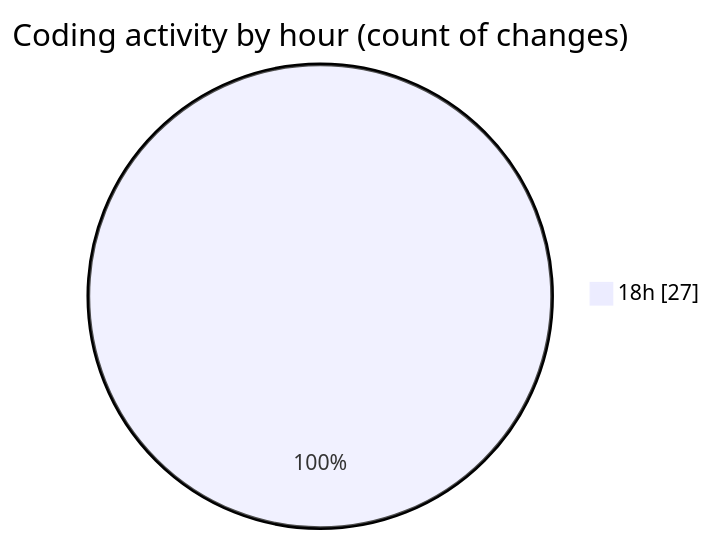
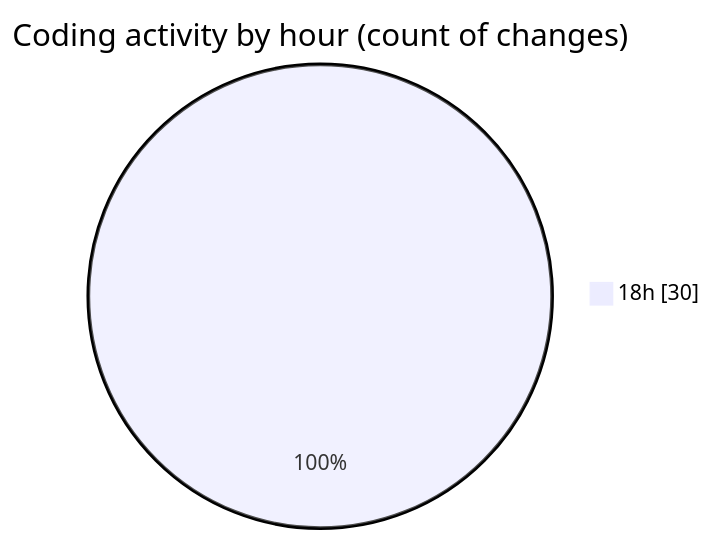
One commit to Netris89/code-tracking changed the second of 2 diagrams in 2025-03-20/back-end/README.md. Above: the diagram before and after it, drawn with Mermaid. The commit also changed other lines of this file and 1 other file, not shown here.

````diff
--- a/2025-03-20/back-end/README.md
+++ b/2025-03-20/back-end/README.md
@@ -32,5 +32,5 @@
 ```mermaid
 pie showData
 title Coding activity by hour (count of changes)
-"18h" : 27
+"18h" : 30
 ```
````
